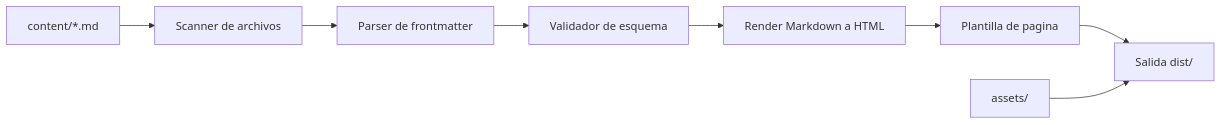
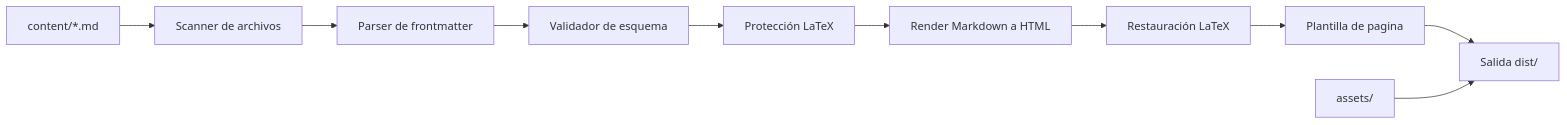
One commit to antinoriariel/blog_app changed the diagram in docs/arquitectura.md. Above: the diagram before and after it, drawn with Mermaid. The commit also changed other lines of this file and 1 other file, not shown here.

````diff
--- a/docs/arquitectura.md
+++ b/docs/arquitectura.md
@@ -6,10 +6,12 @@
 ```mermaid
 flowchart LR
   A[content/*.md] --> B[Scanner de archivos]
   B --> C[Parser de frontmatter]
   C --> D[Validador de esquema]
-  D --> E[Render Markdown a HTML]
-  E --> F[Plantilla de pagina]
+  D --> E1[Protección LaTeX]
+  E1 --> E2[Render Markdown a HTML]
+  E2 --> E3[Restauración LaTeX]
+  E3 --> F[Plantilla de pagina]
   F --> G[Salida dist/]
   H[assets/] --> G
 ```
````
